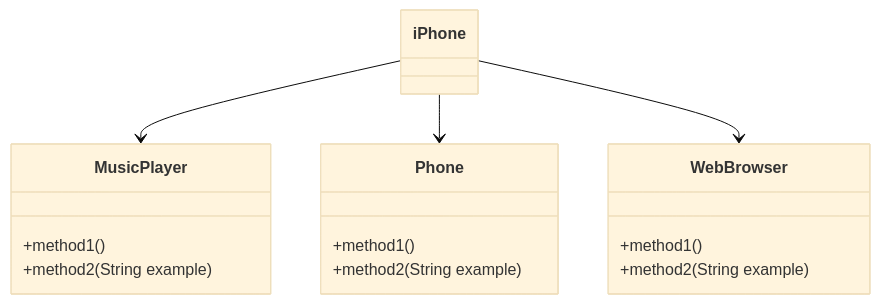
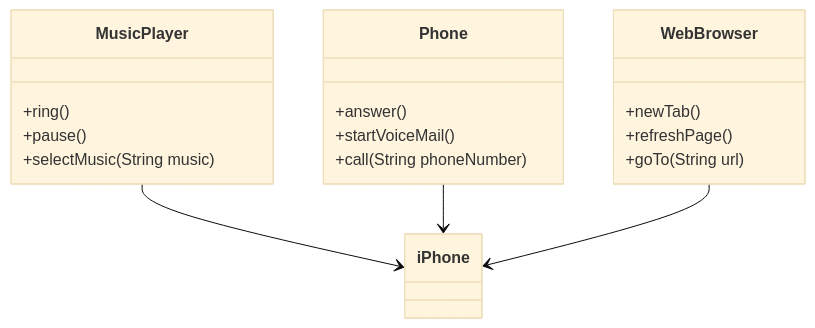
Before and after one commit to 8bitdev256/dio-iphone-uml-challenge: the diagram in UML.md, drawn with Mermaid (base theme).

Commit message:
REFACTOR: Update UML.md

````diff
--- a/UML.md
+++ b/UML.md
@@ -3,24 +3,27 @@
 ```mermaid
 classDiagram
     class MusicPlayer {
-        +method1()
-        +method2(String example)
+        +ring()
+        +pause()
+        +selectMusic(String music)
     }
 
     class Phone {
-        +method1()
-        +method2(String example)
+        +answer()
+        +startVoiceMail()
+        +call(String phoneNumber)
     }
 
     class WebBrowser {
-        +method1()
-        +method2(String example)
+        +newTab()
+        +refreshPage()
+        +goTo(String url)
     }
 
     class iPhone {
     }
 
-    iPhone --> MusicPlayer
-    iPhone --> Phone
-    iPhone --> WebBrowser
+    MusicPlayer --> iPhone
+    Phone --> iPhone
+    WebBrowser --> iPhone
 ```
````
